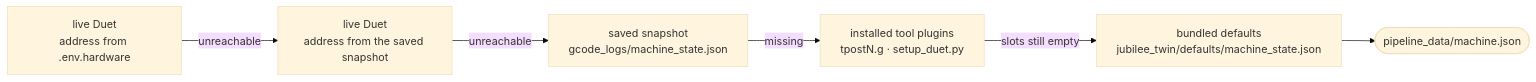
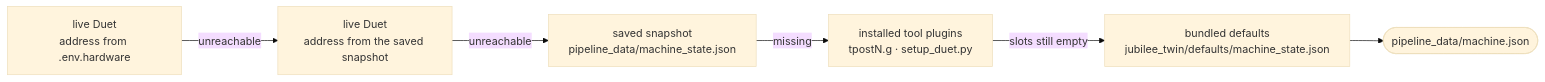
One commit to Jubilee-CSL/jubilee-blender-twin changed the second of 2 diagrams in README.md. Above: the diagram before and after it, drawn with Mermaid (base theme). The commit also changed other lines of this file and 11 other files, not shown here.

````diff
--- a/README.md
+++ b/README.md
@@ -189,11 +190,11 @@
 ```mermaid
 flowchart LR
   A["live Duet<br/>address from .env.hardware"]
   B["live Duet<br/>address from the saved snapshot"]
-  C["saved snapshot<br/>gcode_logs/machine_state.json"]
+  C["saved snapshot<br/>pipeline_data/machine_state.json"]
   D["installed tool plugins<br/>tpostN.g · setup_duet.py"]
   E["bundled defaults<br/>jubilee_twin/defaults/machine_state.json"]
   OUT(["pipeline_data/machine.json"])
 
   A -->|unreachable| B -->|unreachable| C -->|missing| D -->|slots still empty| E --> OUT
 ```
````
